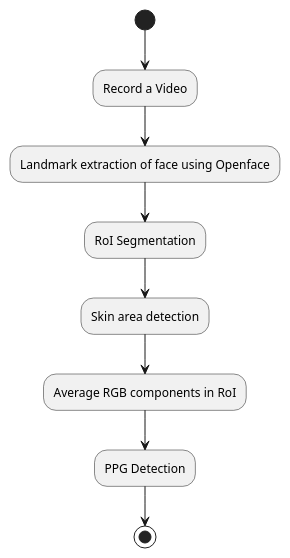
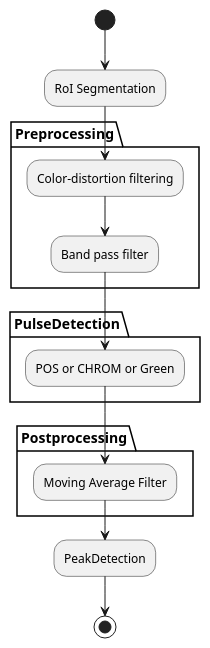
The diagram in doc/abst_flow.pu (zhujiangzhijia/rPPG_master), drawn with PlantUML before and after one commit. The commit also changed 32 other files, not shown here.

```diff
--- a/doc/abst_flow.pu
+++ b/doc/abst_flow.pu
@@ -1,12 +1,16 @@
 @startuml
 
-(*) --> "Record a Video"
-
---> "Landmark extraction of face using Openface"
---> "RoI Segmentation"
---> "Skin area detection"
---> "Average RGB components in RoI"
---> "PPG Detection"
-
+(*) --> "RoI Segmentation"
+partition Preprocessing {
+--> "Color-distortion filtering"
+--> "Band pass filter"
+}
+partition PulseDetection {
+--> "POS or CHROM or Green"
+}
+partition Postprocessing {
+--> "Moving Average Filter"
+}
+--> "PeakDetection"
 --> (*)
 @enduml
```
